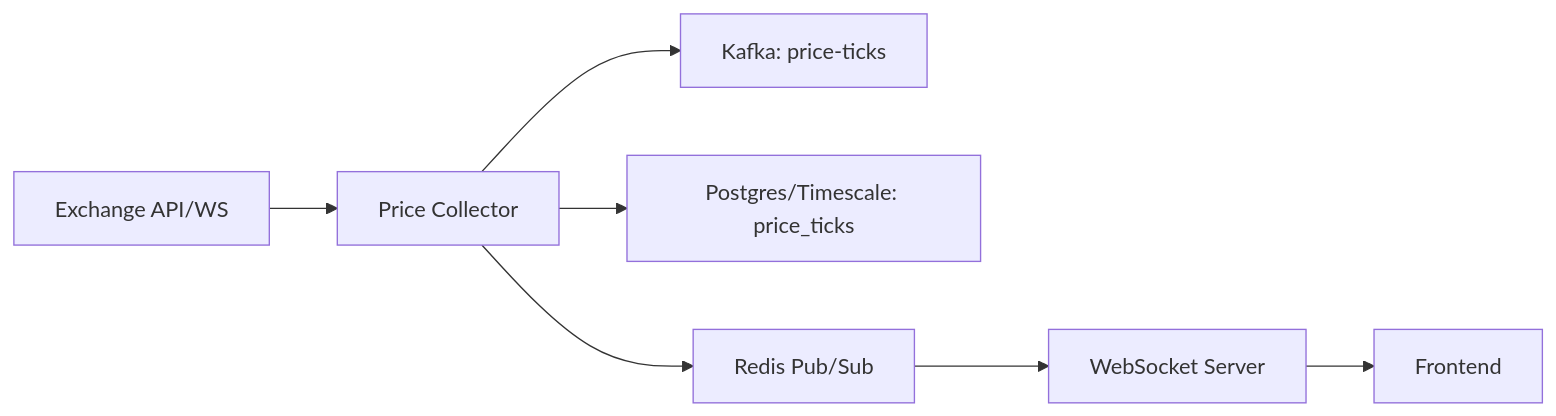
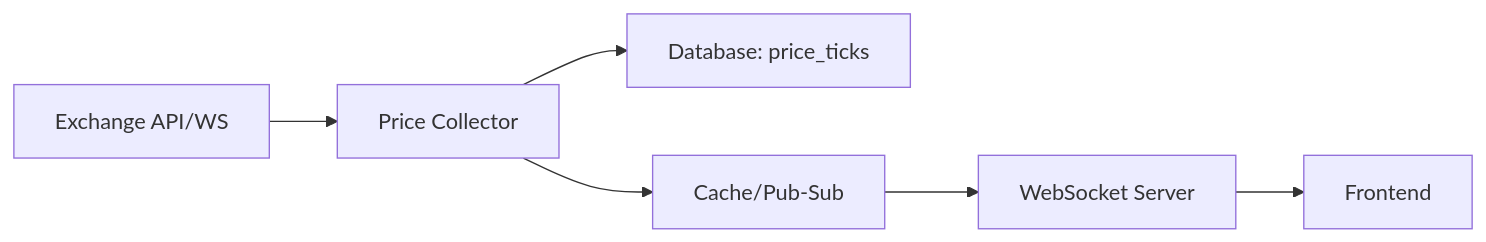
Before and after one commit to HCMUS-Software-Architecture/Back-end: the fourth of 7 diagrams in doc/Features.md, drawn with Mermaid. The commit also changed other lines of this file and 6 other files, not shown here.

Commit message:
Restructure documentation with evolutionary architecture and separate operations guide

````diff
--- a/doc/Features.md
+++ b/doc/Features.md
@@ -111,9 +149,8 @@
 ```mermaid
 flowchart LR
   EX[Exchange API/WS] --> PC[Price Collector]
-  PC --> Kt[Kafka: price-ticks]
-  PC --> PG[Postgres/Timescale: price_ticks]
-  PC --> Rd[Redis Pub/Sub]
+  PC --> DB[Database: price_ticks]
+  PC --> Rd[Cache/Pub-Sub]
   Rd --> WS[WebSocket Server]
   WS --> Client[Frontend]
 ```
````
